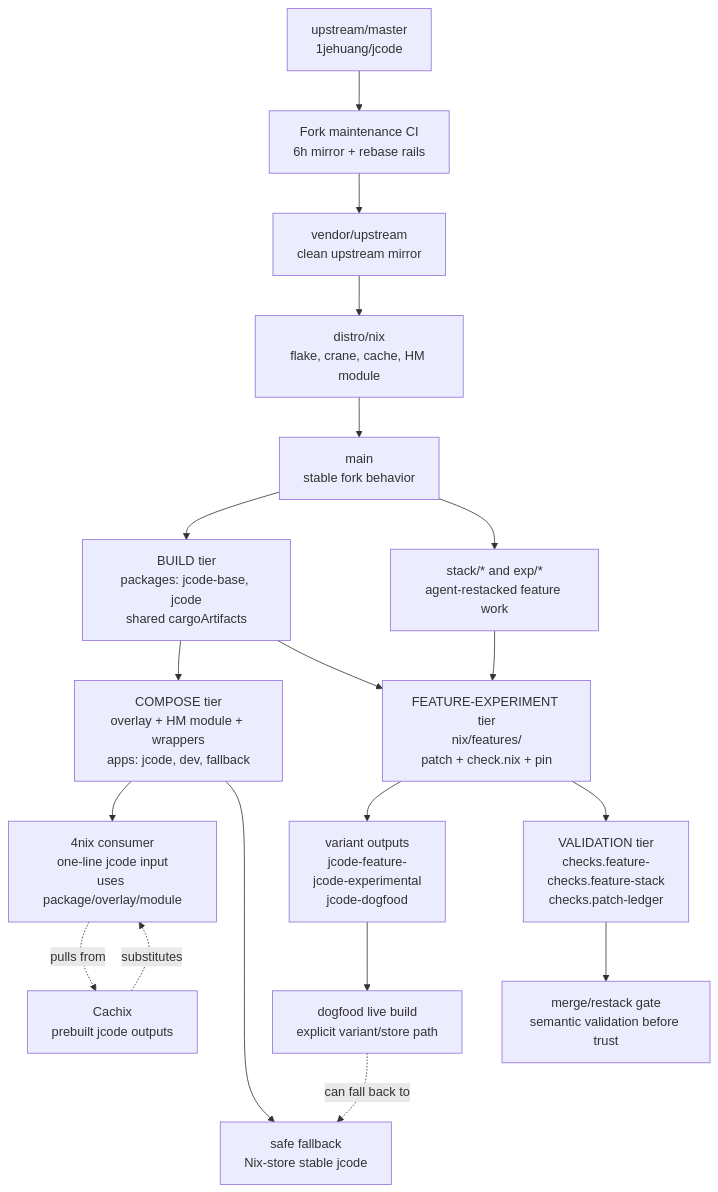
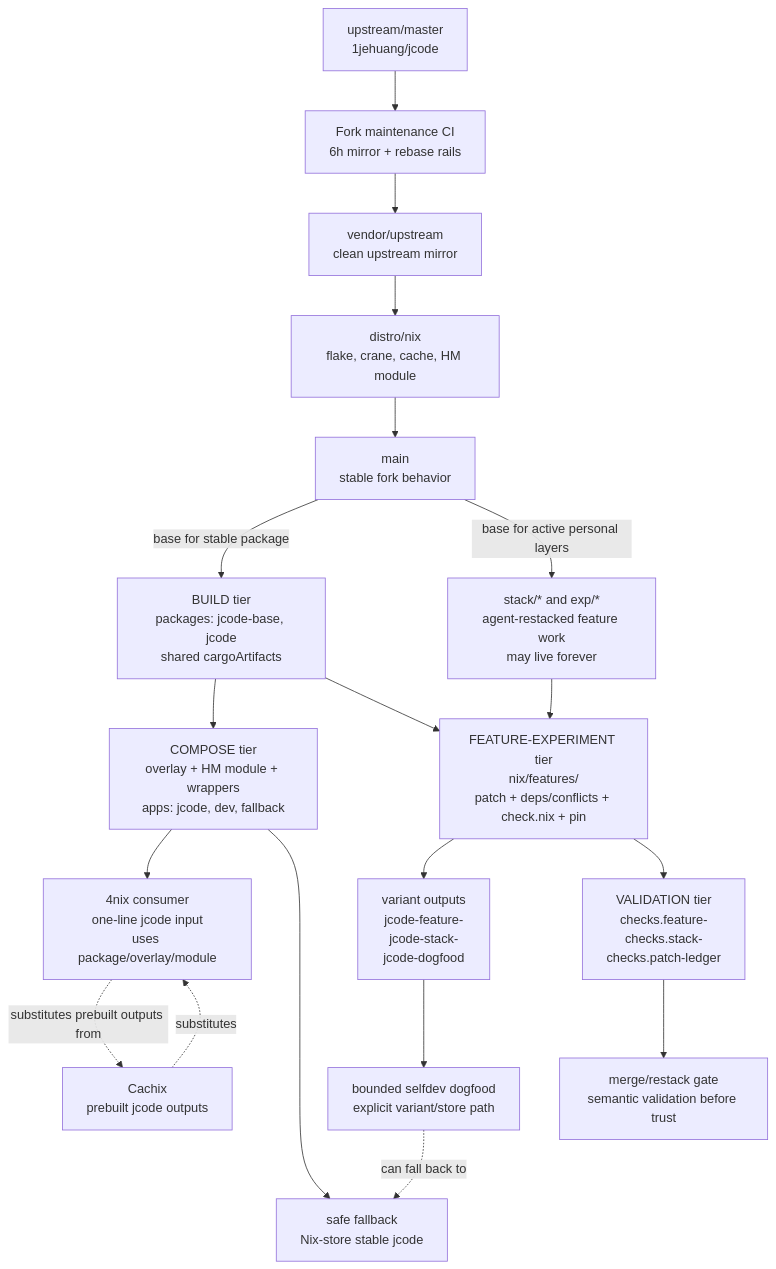
One commit to jerudnik/jcode changed the diagram in docs/architecture/FORK_SUSTAINABILITY_MODEL.md. Above: the diagram before and after it, drawn with Mermaid. The commit also changed other lines of this file, not shown here.

Commit message:
docs(architecture): clarify active feature stack model

````diff
--- a/docs/architecture/FORK_SUSTAINABILITY_MODEL.md
+++ b/docs/architecture/FORK_SUSTAINABILITY_MODEL.md
@@ -252,25 +272,25 @@
 ```mermaid
 flowchart TD
   U["upstream/master\n1jehuang/jcode"] --> CI["Fork maintenance CI\n6h mirror + rebase rails"]
   CI --> V["vendor/upstream\nclean upstream mirror"]
   V --> D["distro/nix\nflake, crane, cache, HM module"]
   D --> M["main\nstable fork behavior"]
 
-  M --> B["BUILD tier\npackages: jcode-base, jcode\nshared cargoArtifacts"]
+  M -->|"base for stable package"| B["BUILD tier\npackages: jcode-base, jcode\nshared cargoArtifacts"]
   B --> C["COMPOSE tier\noverlay + HM module + wrappers\napps: jcode, dev, fallback"]
 
-  M --> S["stack/* and exp/*\nagent-restacked feature work"]
-  S --> F["FEATURE-EXPERIMENT tier\nnix/features/<name>\npatch + check.nix + pin"]
+  M -->|"base for active personal layers"| S["stack/* and exp/*\nagent-restacked feature work\nmay live forever"]
+  S --> F["FEATURE-EXPERIMENT tier\nnix/features/<name>\npatch + deps/conflicts + check.nix + pin"]
   B --> F
-  F --> X["variant outputs\njcode-feature-<name>\njcode-experimental\njcode-dogfood"]
-  F --> G["VALIDATION tier\nchecks.feature-<name>\nchecks.feature-stack\nchecks.patch-ledger"]
+  F --> X["variant outputs\njcode-feature-<name>\njcode-stack-<name>\njcode-dogfood"]
+  F --> G["VALIDATION tier\nchecks.feature-<name>\nchecks.stack-<name>\nchecks.patch-ledger"]
 
   C --> N4["4nix consumer\none-line jcode input\nuses package/overlay/module"]
-  X --> Dog["dogfood live build\nexplicit variant/store path"]
+  X --> Dog["bounded selfdev dogfood\nexplicit variant/store path"]
   C --> Safe["safe fallback\nNix-store stable jcode"]
   G --> Gate["merge/restack gate\nsemantic validation before trust"]
 
-  N4 -. pulls from .-> Cache["Cachix\nprebuilt jcode outputs"]
+  N4 -. substitutes prebuilt outputs from .-> Cache["Cachix\nprebuilt jcode outputs"]
   Dog -. can fall back to .-> Safe
   Cache -. substitutes .-> N4
 ```
````
